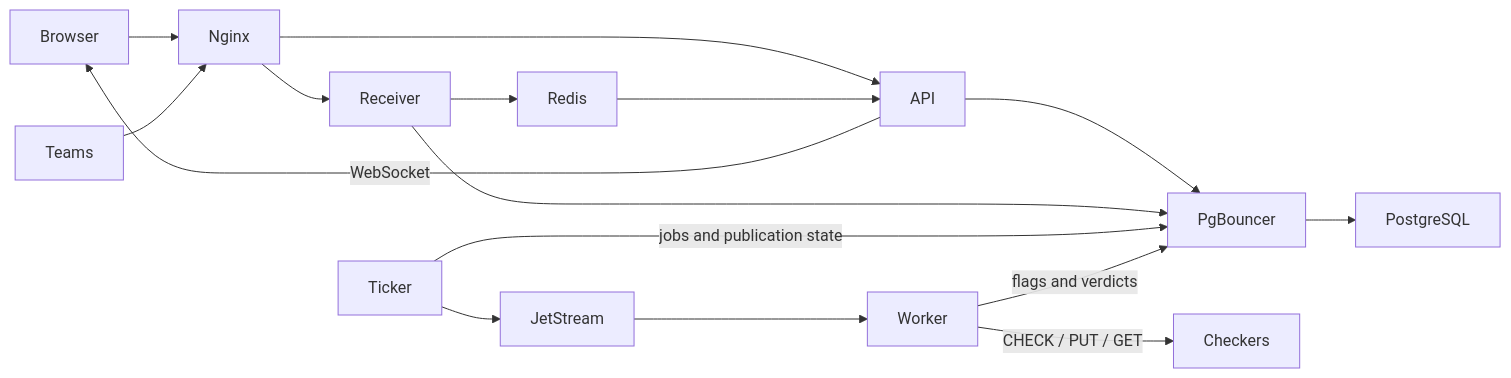
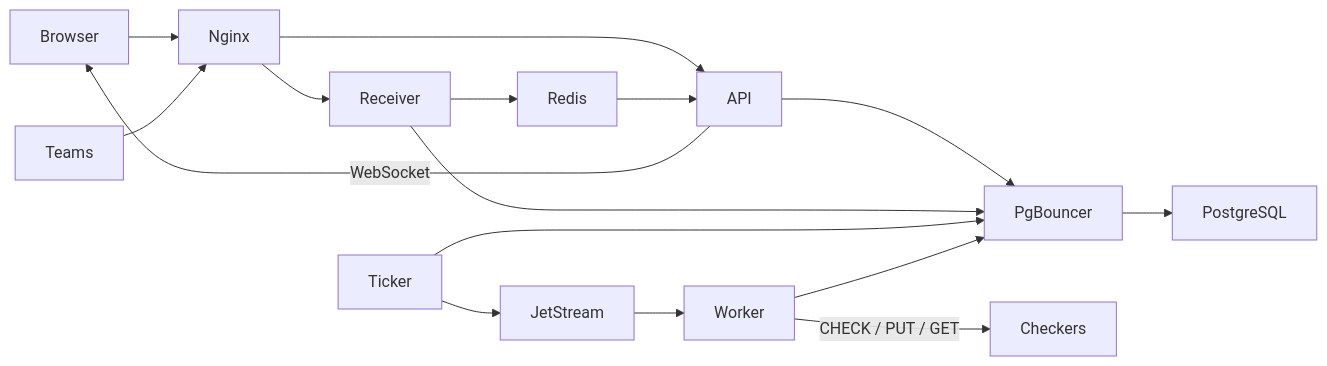
One commit to TakuyaYagam1/ForcAD changed the diagram in docs/ARCHITECTURE.md. Above: the diagram before and after it, drawn with Mermaid. The commit also changed other lines of this file and 20 other files, not shown here.

````diff
--- a/docs/ARCHITECTURE.md
+++ b/docs/ARCHITECTURE.md
@@ -39,18 +18,18 @@
 ```mermaid
 flowchart LR
     Browser --> Nginx
     Teams --> Nginx
     Nginx --> API
     Nginx --> Receiver
-    API --> PgBouncer
-    Receiver --> PgBouncer
     Receiver --> Redis
     Redis --> API
     API -->|WebSocket| Browser
-    Ticker -->|jobs and publication state| PgBouncer
+    API --> PgBouncer
+    Receiver --> PgBouncer
+    Ticker --> PgBouncer
     Ticker --> JetStream
     JetStream --> Worker
     Worker -->|CHECK / PUT / GET| Checkers
-    Worker -->|flags and verdicts| PgBouncer
+    Worker --> PgBouncer
     PgBouncer --> PostgreSQL
 ```
````
